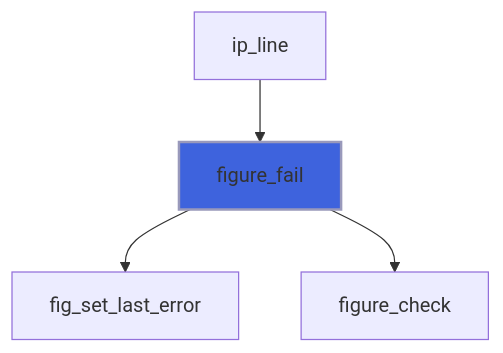
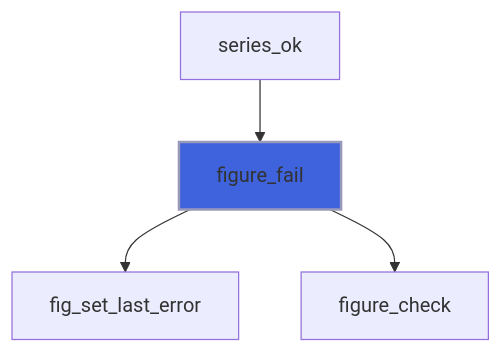
The third of 5 diagrams in docs/api/src/lib/figure_base.md (szaghi/figure), drawn with Mermaid before and after one commit. The commit also changed other lines of this file and 23 other files, not shown here.

````diff
--- a/docs/api/src/lib/figure_base.md
+++ b/docs/api/src/lib/figure_base.md
@@ -78,7 +79,7 @@
 ```mermaid
 flowchart TD
-  ip_line["ip_line"] --> figure_fail["figure_fail"]
+  series_ok["series_ok"] --> figure_fail["figure_fail"]
   figure_fail["figure_fail"] --> fig_set_last_error["fig_set_last_error"]
   figure_fail["figure_fail"] --> figure_check["figure_check"]
   style figure_fail fill:#3e63dd,stroke:#99b,stroke-width:2px
 ```
````
